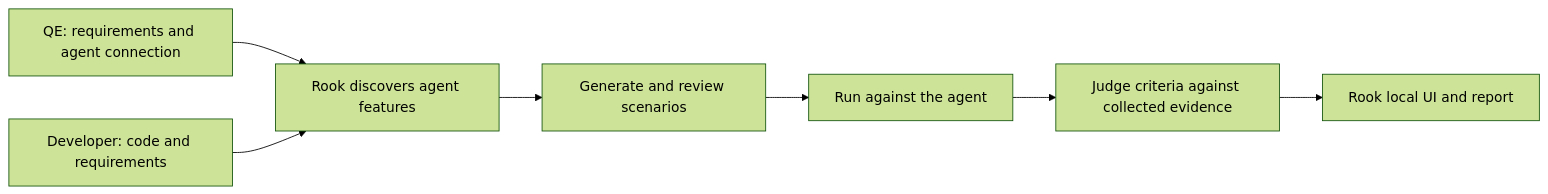
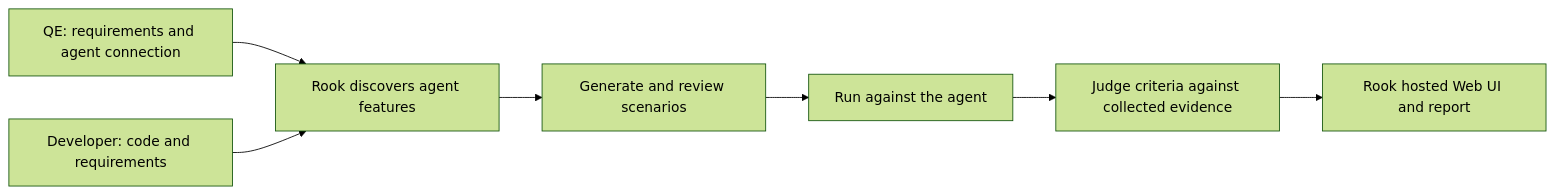
One commit to 4DvAnCeBoY/rook-demo changed the sixth of 7 diagrams in docs/demo-walkthrough.md. Above: the diagram before and after it, drawn with Mermaid (forest theme). The commit also changed other lines of this file and 73 other files, not shown here.

````diff
--- a/docs/demo-walkthrough.md
+++ b/docs/demo-walkthrough.md
@@ -172,9 +172,9 @@
 ```mermaid
 flowchart LR
   QE["QE: requirements and agent connection"] --> F["Rook discovers agent features"]
   DEV["Developer: code and requirements"] --> F
   F --> S["Generate and review scenarios"]
   S --> R["Run against the agent"]
   R --> E["Judge criteria against collected evidence"]
-  E --> U["Rook local UI and report"]
+  E --> U["Rook hosted Web UI and report"]
 ```
````
